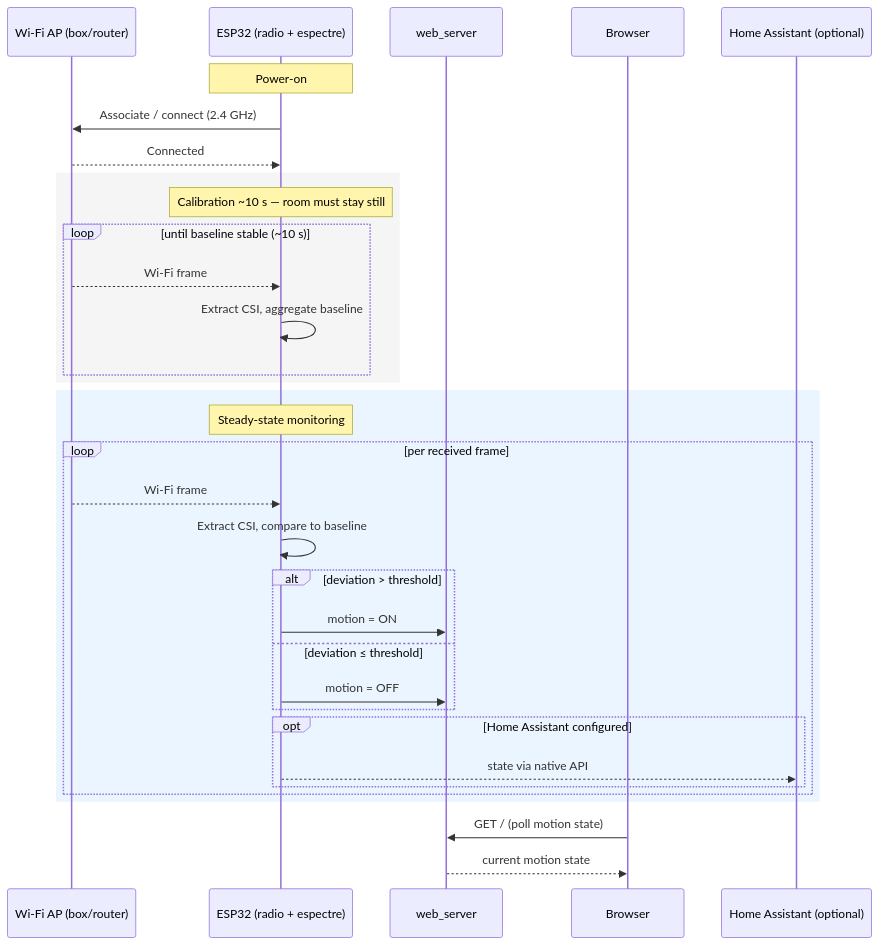
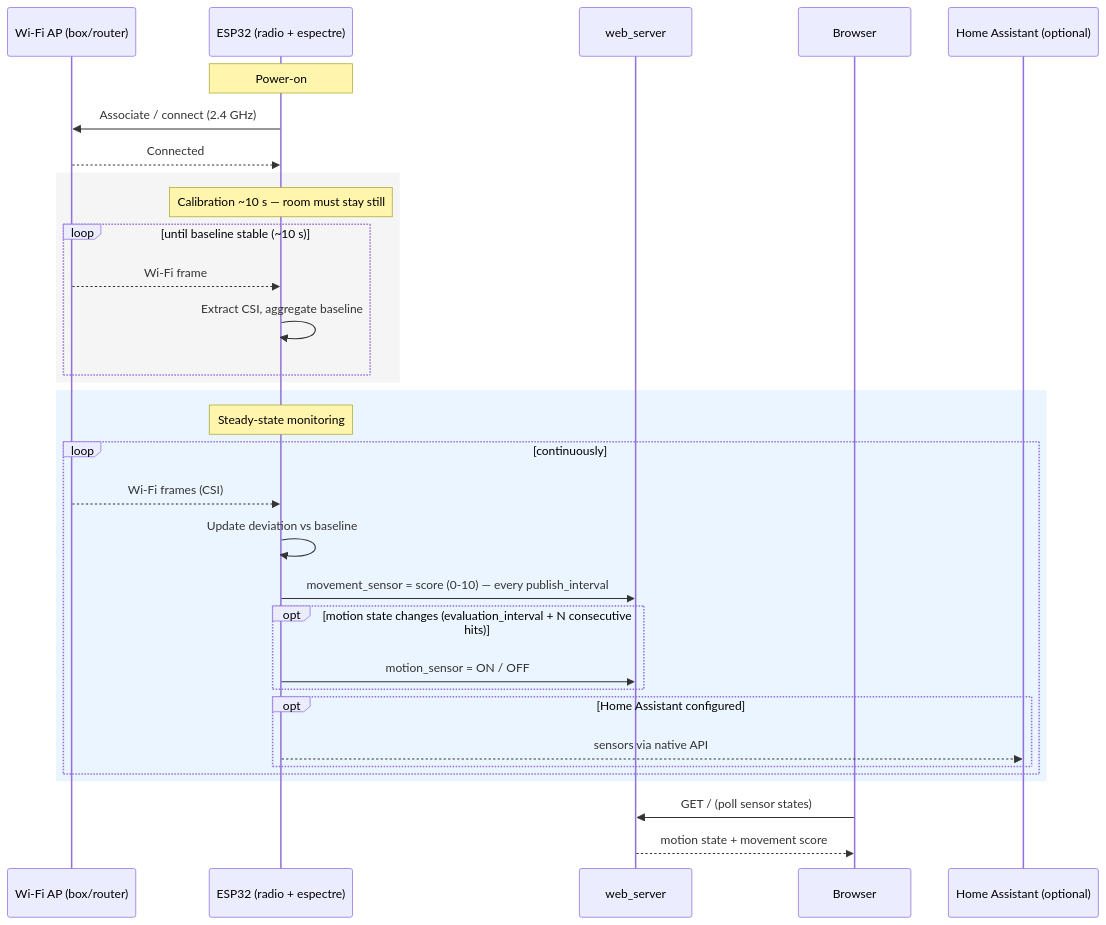
One commit to benoit-bremaud/espectre-lab changed the diagram in docs/architecture/diagrams/wifi-sensing/02-sequence-detection.md. Above: the diagram before and after it, drawn with Mermaid. The commit also changed other lines of this file and 8 other files, not shown here.

First line of the commit message:
docs(uml): document the movement_sensor 0-10 score (closes #2) (#4)

````diff
--- a/docs/architecture/diagrams/wifi-sensing/02-sequence-detection.md
+++ b/docs/architecture/diagrams/wifi-sensing/02-sequence-detection.md
@@ -9,39 +10,38 @@
 ```mermaid
 sequenceDiagram
     participant AP as Wi-Fi AP (box/router)
     participant ESP as ESP32 (radio + espectre)
     participant WS as web_server
     participant BR as Browser
     participant HA as Home Assistant (optional)
 
     Note over ESP: Power-on
     ESP->>AP: Associate / connect (2.4 GHz)
     AP-->>ESP: Connected
 
     rect rgb(245,245,245)
     Note over ESP: Calibration ~10 s — room must stay still
     loop until baseline stable (~10 s)
         AP-->>ESP: Wi-Fi frame
         ESP->>ESP: Extract CSI, aggregate baseline
     end
     end
 
     rect rgb(235,245,255)
     Note over ESP: Steady-state monitoring
-    loop per received frame
-        AP-->>ESP: Wi-Fi frame
-        ESP->>ESP: Extract CSI, compare to baseline
-        alt deviation > threshold
-            ESP->>WS: motion = ON
-        else deviation ≤ threshold
-            ESP->>WS: motion = OFF
+    loop continuously
+        AP-->>ESP: Wi-Fi frames (CSI)
+        ESP->>ESP: Update deviation vs baseline
+        ESP->>WS: movement_sensor = score (0-10) — every publish_interval
+        opt motion state changes (evaluation_interval + N consecutive hits)
+            ESP->>WS: motion_sensor = ON / OFF
         end
         opt Home Assistant configured
-            ESP-->>HA: state via native API
+            ESP-->>HA: sensors via native API
         end
     end
     end
 
-    BR->>WS: GET / (poll motion state)
-    WS-->>BR: current motion state
+    BR->>WS: GET / (poll sensor states)
+    WS-->>BR: motion state + movement score
 ```
````
